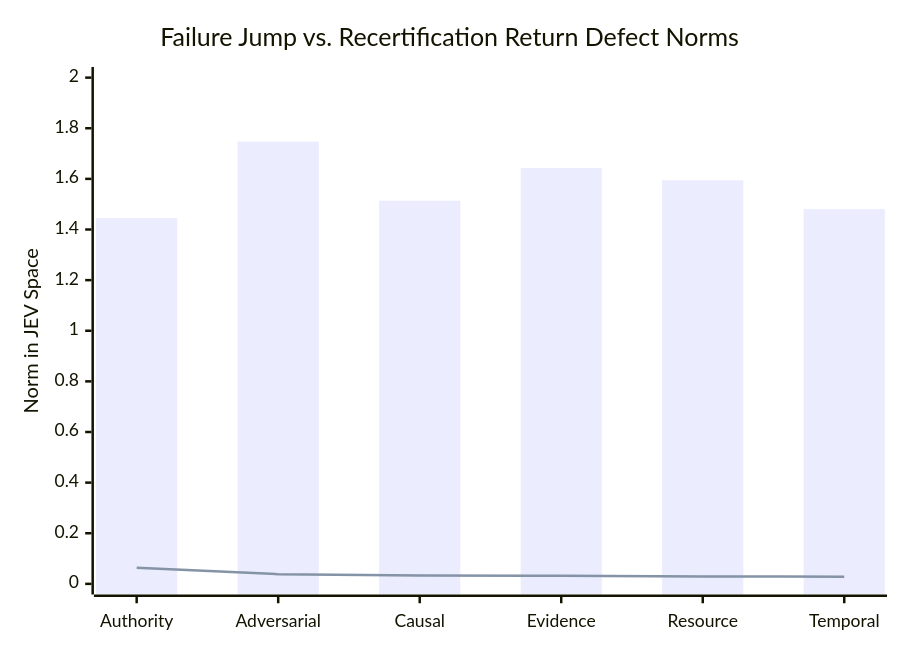
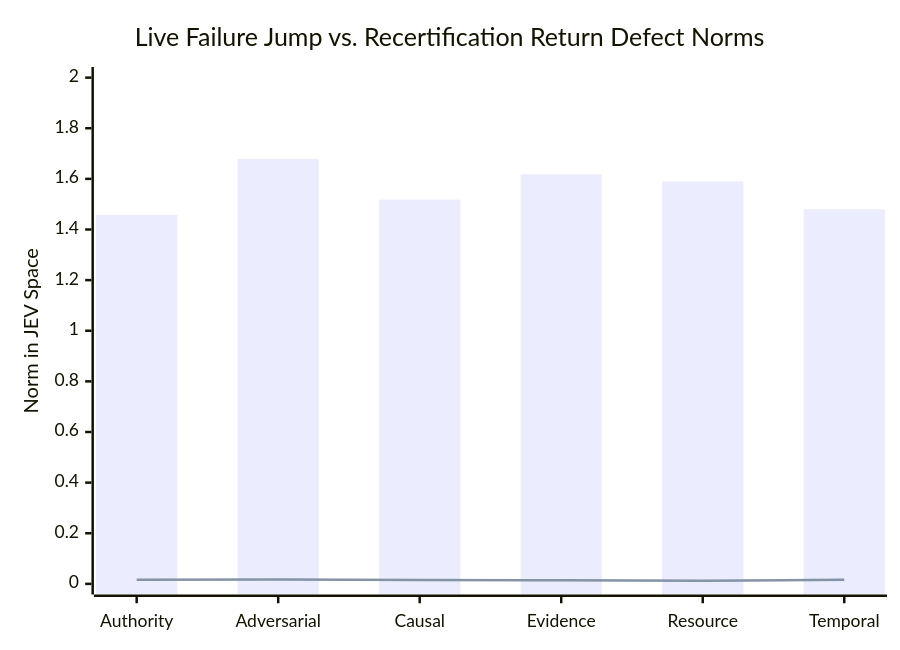
Before and after one commit to NB11B/UoW-v3: the second of 2 diagrams in docs/JEV_LIFECYCLE_GRAMMAR_EXPERIMENT.md, drawn with Mermaid. The commit also changed other lines of this file and 4 other files, not shown here.

````diff
--- a/docs/JEV_LIFECYCLE_GRAMMAR_EXPERIMENT.md
+++ b/docs/JEV_LIFECYCLE_GRAMMAR_EXPERIMENT.md
@@ -173,8 +156,8 @@
 ```mermaid
 xychart-beta
-    title "Failure Jump vs. Recertification Return Defect Norms"
+    title "Live Failure Jump vs. Recertification Return Defect Norms"
     x-axis ["Authority", "Adversarial", "Causal", "Evidence", "Resource", "Temporal"]
     y-axis "Norm in JEV Space" 0.0 --> 2.0
-    bar [1.4452, 1.7472, 1.5139, 1.6432, 1.5945, 1.4809]
-    line [0.0635, 0.0383, 0.0327, 0.0318, 0.0296, 0.0282]
+    bar [1.4584, 1.6790, 1.5180, 1.6177, 1.5897, 1.4798]
+    line [0.0163, 0.0173, 0.0149, 0.0141, 0.0125, 0.0163]
 ```
````
